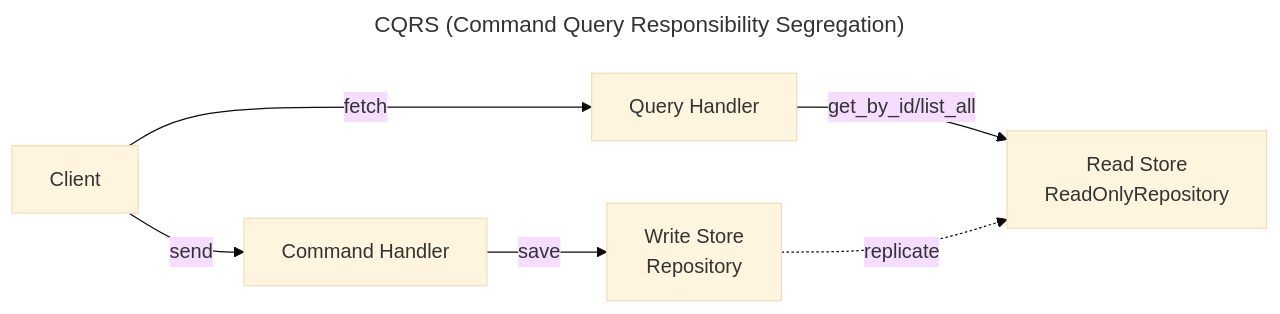
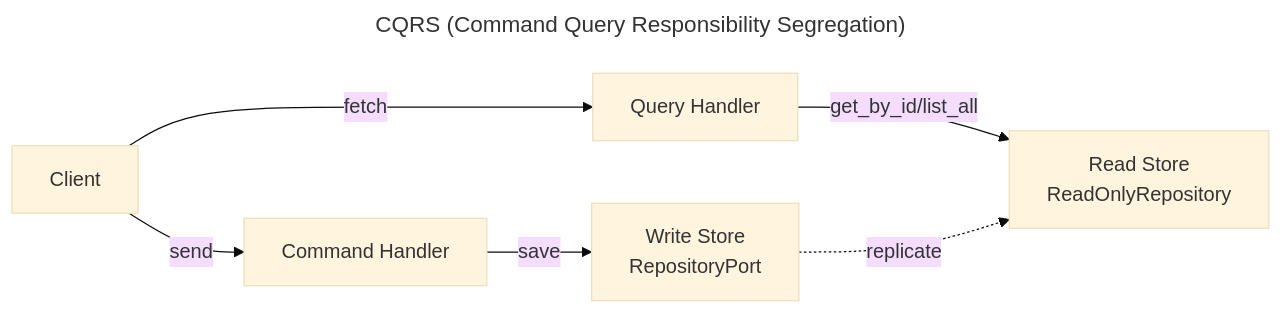
Before and after one commit to forging-blocks-org/forging-blocks: the diagram in docs/architectural-styles/cqrs.md, drawn with Mermaid (base theme). The commit also changed 4 other files, not shown here.

````diff
--- a/docs/architectural-styles/cqrs.md
+++ b/docs/architectural-styles/cqrs.md
@@ -35,11 +35,11 @@
 ```mermaid
 ---
 title: CQRS (Command Query Responsibility Segregation)
 ---
 graph LR
     Client -->|send| CommandHandler[Command Handler]
     Client -->|fetch| QueryHandler[Query Handler]
-    CommandHandler -->|save| WriteStore[Write Store<br/>Repository]
+    CommandHandler -->|save| WriteStore[Write Store<br/>RepositoryPort]
     QueryHandler -->|get_by_id/list_all| ReadStore[Read Store<br/>ReadOnlyRepository]
     WriteStore -.->|replicate| ReadStore
 ```
````
